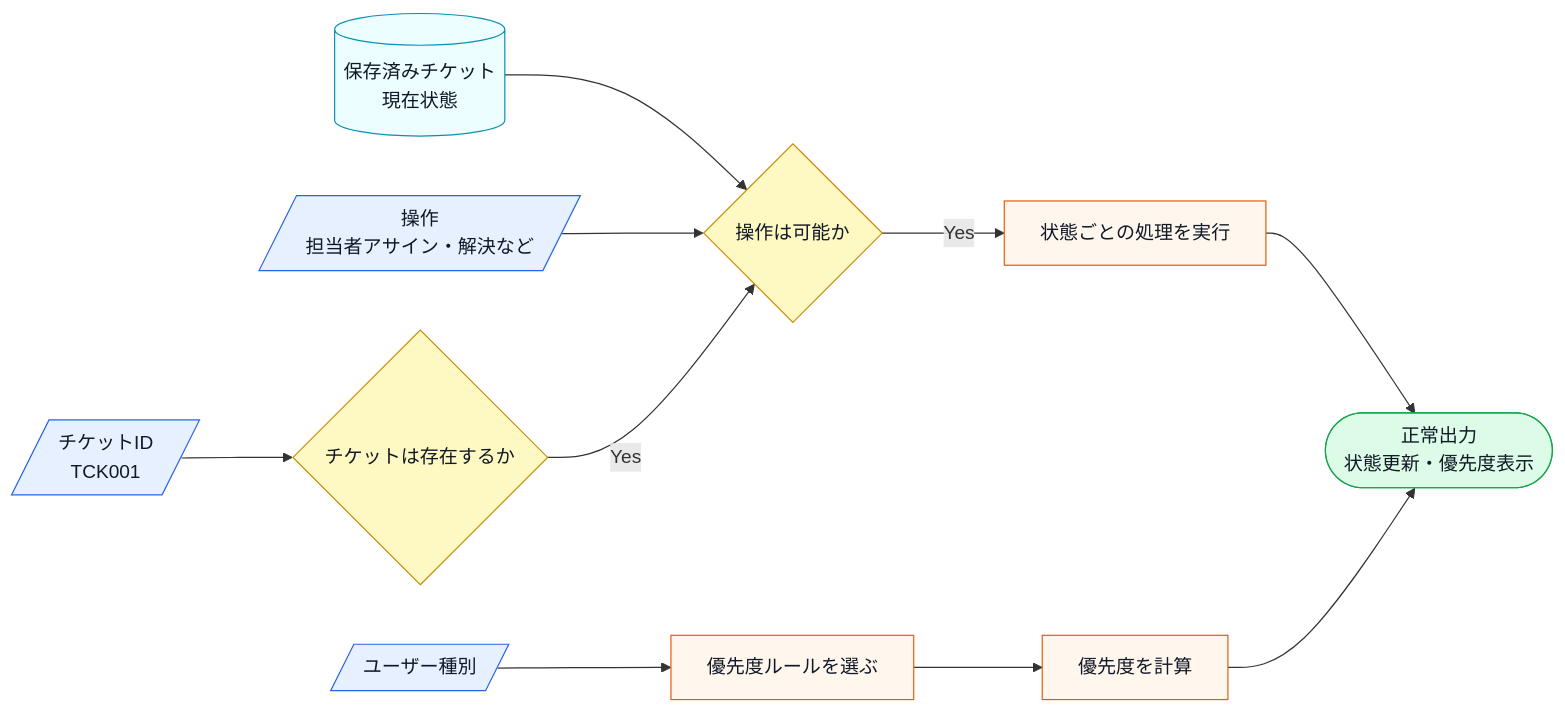
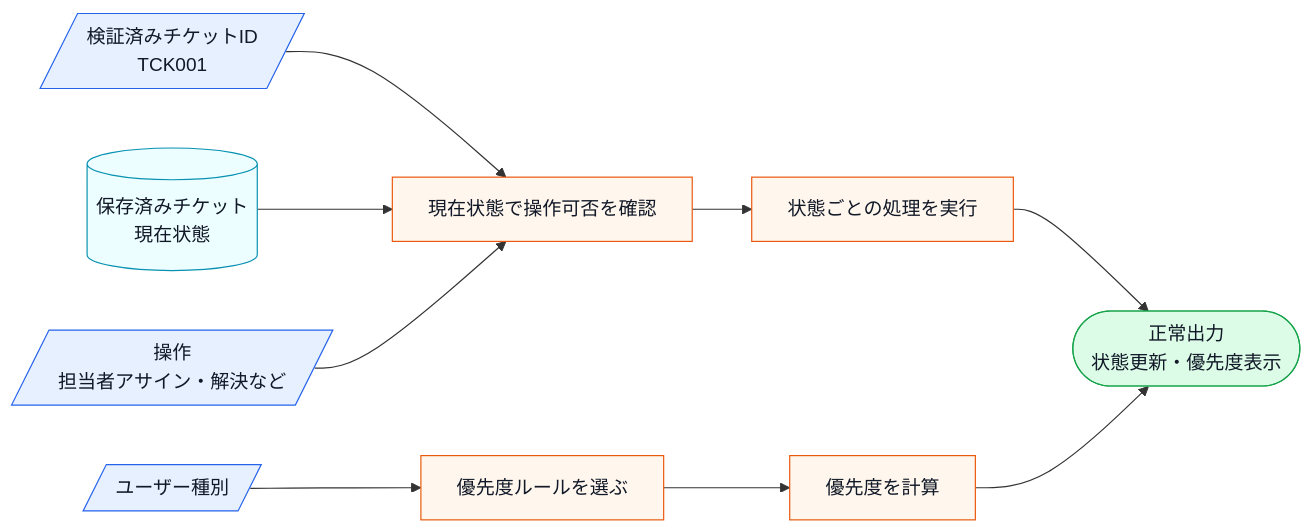
Before and after one commit to kumachan1101-pixel/DesignPattern: the second of 14 diagrams in kindle/design-patterns/output/chapter09_2.md, drawn with Mermaid. The commit also changed other lines of this file and 20 other files, not shown here.

````diff
--- a/kindle/design-patterns/output/chapter09_2.md
+++ b/kindle/design-patterns/output/chapter09_2.md
@@ -65,18 +65,17 @@
 ```mermaid
 flowchart LR
-    A[/チケットID<br>TCK001/]:::input --> B{チケットは存在するか}:::decision
-    C[(保存済みチケット<br>現在状態)]:::data --> D{操作は可能か}:::decision
+    A[/検証済みチケットID<br>TCK001/]:::input --> D[現在状態で操作可否を確認]:::process
+    C[(保存済みチケット<br>現在状態)]:::data --> D
     E[/ユーザー種別/]:::input --> F[優先度ルールを選ぶ]:::process
     G[/操作<br>担当者アサイン・解決など/]:::input --> D
-    B -->|Yes| D
-    D -->|Yes| H[状態ごとの処理を実行]:::process
+    D --> H[状態ごとの処理を実行]:::process
     F --> I[優先度を計算]:::process
     H --> J([正常出力<br>状態更新・優先度表示]):::normal
     I --> J
 
     classDef data fill:#ecfeff,stroke:#0891b2,color:#111827;
     classDef input fill:#e7f0ff,stroke:#2563eb,color:#111827;
     classDef process fill:#fff7ed,stroke:#ea580c,color:#111827;
     classDef decision fill:#fef9c3,stroke:#ca8a04,color:#111827;
     classDef normal fill:#dcfce7,stroke:#16a34a,color:#111827;
 ```
````
